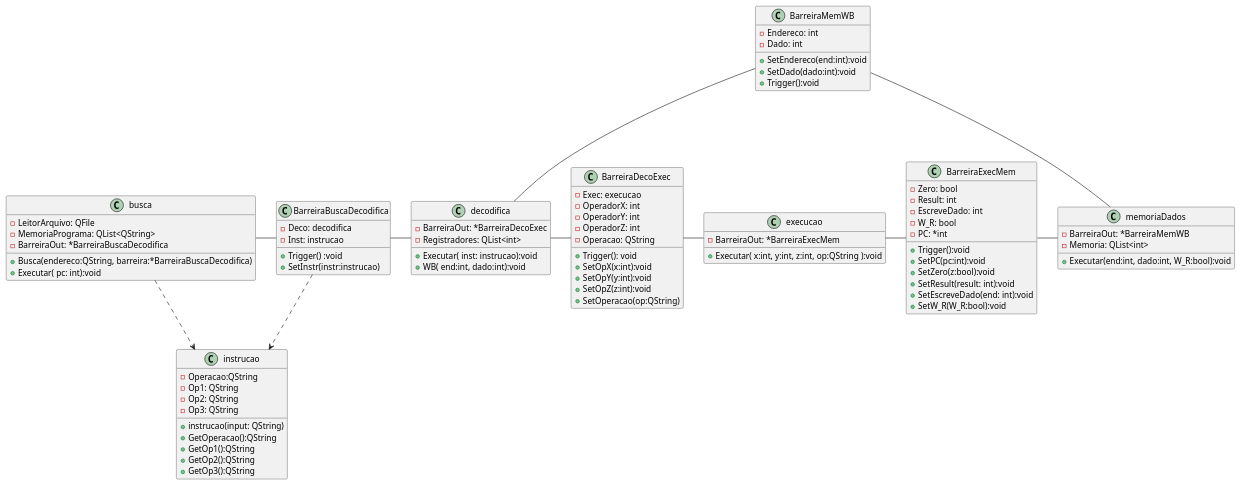
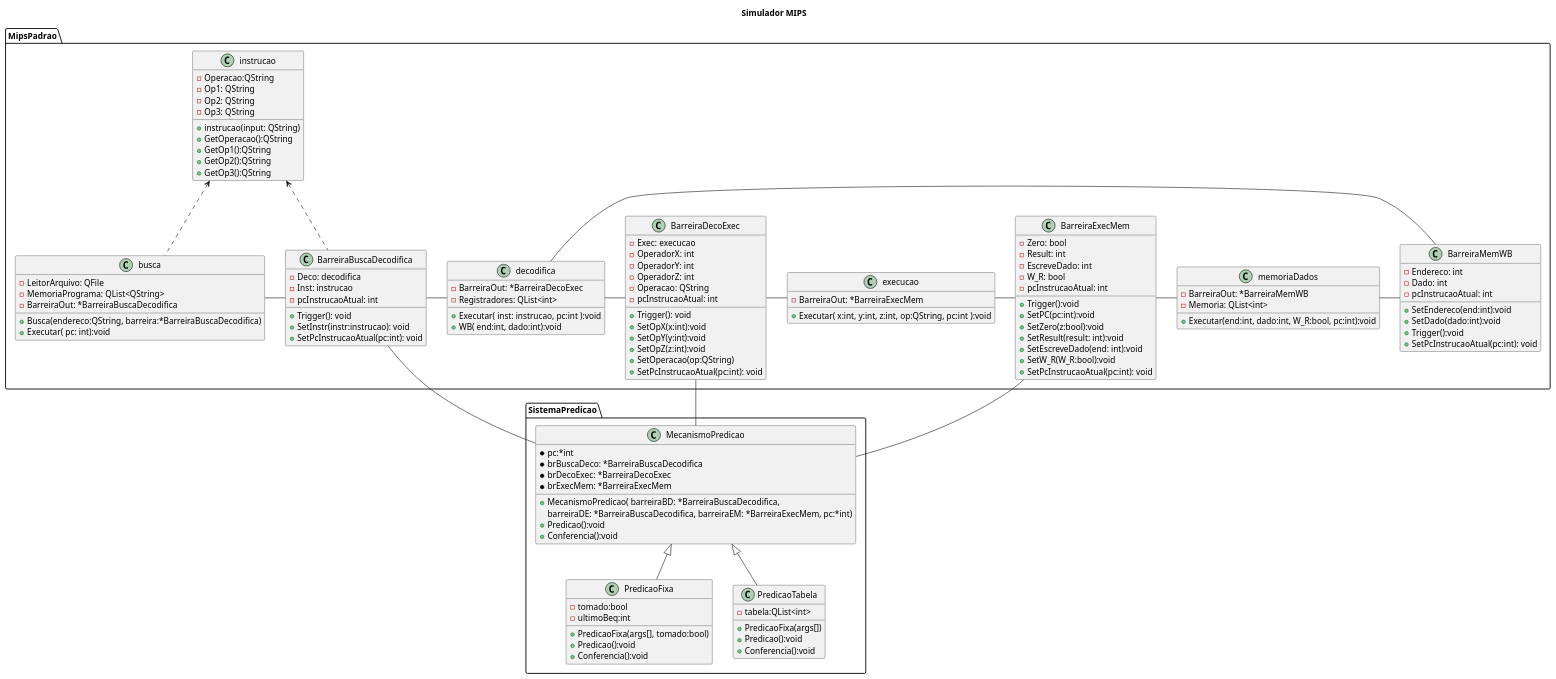
The diagram in UML.wsd (vlovini/ARQI_Mips_Simulator), drawn with PlantUML before and after one commit. The commit also changed 23 other files, not shown here.

Commit message:
Adicionados Mecanismos de predição, atualizado UML, adicionado pc da instrução nas barreiras

```diff
--- a/UML.wsd
+++ b/UML.wsd
@@ -1,93 +1,130 @@
 @startuml
-class busca{
-    - LeitorArquivo: QFile
-    - MemoriaPrograma: QList<QString>
-    - BarreiraOut: *BarreiraBuscaDecodifica
+Title Simulador MIPS
+package MipsPadrao{
+    class busca{
+        - LeitorArquivo: QFile
+        - MemoriaPrograma: QList<QString>
+        - BarreiraOut: *BarreiraBuscaDecodifica
 
-    + Busca(endereco:QString, barreira:*BarreiraBuscaDecodifica)
-    + Executar( pc: int):void
+        + Busca(endereco:QString, barreira:*BarreiraBuscaDecodifica)
+        + Executar( pc: int):void
 
-}
+    }
+    class BarreiraBuscaDecodifica{
+        - Deco: decodifica
+        - Inst: instrucao
+        - pcInstrucaoAtual: int
+        + Trigger(): void
+        + SetInstr(instr:instrucao): void
+        + SetPcInstrucaoAtual(pc:int): void
+    }
+    class decodifica{
+        - BarreiraOut: *BarreiraDecoExec
+        - Registradores: QList<int>
+        + Executar( inst: instrucao, pc:int ):void
+        + WB( end:int, dado:int):void
+    }
+    class BarreiraDecoExec{
+        - Exec: execucao
+        - OperadorX: int
+        - OperadorY: int
+        - OperadorZ: int
+        - Operacao: QString
+        - pcInstrucaoAtual: int
+        + Trigger(): void
+        + SetOpX(x:int):void
+        + SetOpY(y:int):void
+        + SetOpZ(z:int):void
+        + SetOperacao(op:QString)
+        + SetPcInstrucaoAtual(pc:int): void
 
-class BarreiraBuscaDecodifica{
-    - Deco: decodifica
-    - Inst: instrucao
-    + Trigger() :void
-    + SetInstr(instr:instrucao)
-}
-class BarreiraDecoExec{
-    - Exec: execucao
-    - OperadorX: int
-    - OperadorY: int
-    - OperadorZ: int
-    - Operacao: QString
-    + Trigger(): void
-    + SetOpX(x:int):void
-    + SetOpY(y:int):void
-    + SetOpZ(z:int):void
-    + SetOperacao(op:QString)
-
-}
-class decodifica{
-    - BarreiraOut: *BarreiraDecoExec
-    - Registradores: QList<int>
-    + Executar( inst: instrucao):void
-    + WB( end:int, dado:int):void
-}
-class execucao{
-    - BarreiraOut: *BarreiraExecMem
-    + Executar( x:int, y:int, z:int, op:QString ):void
-}
-class BarreiraExecMem{
-    - Zero: bool
-    - Result: int
-    - EscreveDado: int
-    - W_R: bool
-    - PC: *int
-    + Trigger():void
-    + SetPC(pc:int):void
-    + SetZero(z:bool):void
-    + SetResult(result: int):void
-    + SetEscreveDado(end: int):void
-    + SetW_R(W_R:bool):void
-}
-class memoriaDados{
-    - BarreiraOut: *BarreiraMemWB 
-    - Memoria: QList<int>
-    +Executar(end:int, dado:int, W_R:bool):void
-}
-class BarreiraMemWB{
-    - Endereco: int
-    - Dado: int
-    + SetEndereco(end:int):void
-    + SetDado(dado:int):void
-    + Trigger():void
-}
-class instrucao{
+    }
+    class execucao{
+        - BarreiraOut: *BarreiraExecMem
+        + Executar( x:int, y:int, z:int, op:QString, pc:int ):void
+    }
+    class BarreiraExecMem{
+        - Zero: bool
+        - Result: int
+        - EscreveDado: int
+        - W_R: bool
+        - pcInstrucaoAtual: int
+        + Trigger():void
+        + SetPC(pc:int):void
+        + SetZero(z:bool):void
+        + SetResult(result: int):void
+        + SetEscreveDado(end: int):void
+        + SetW_R(W_R:bool):void
+        + SetPcInstrucaoAtual(pc:int): void
+    }
+    class memoriaDados{
+        - BarreiraOut: *BarreiraMemWB 
+        - Memoria: QList<int>
+        +Executar(end:int, dado:int, W_R:bool, pc:int):void
+    }
+    class BarreiraMemWB{
+        - Endereco: int
+        - Dado: int
+        - pcInstrucaoAtual: int
+        + SetEndereco(end:int):void
+        + SetDado(dado:int):void
+        + Trigger():void
+        + SetPcInstrucaoAtual(pc:int): void
+    }
+    class instrucao{
     - Operacao:QString
     - Op1: QString
     - Op2: QString
     - Op3: QString
     + instrucao(input: QString)
     + GetOperacao():QString
     + GetOp1():QString
     + GetOp2():QString
     + GetOp3():QString
 }
+}
+package SistemaPredicao{
+    class MecanismoPredicao{
+        +MecanismoPredicao( barreiraBD: *BarreiraBuscaDecodifica, 
+        barreiraDE: *BarreiraBuscaDecodifica, barreiraEM: *BarreiraExecMem, pc:*int)
+        *pc:*int
+        *brBuscaDeco: *BarreiraBuscaDecodifica
+        *brDecoExec: *BarreiraDecoExec
+        *brExecMem: *BarreiraExecMem
+        +Predicao():void
+        +Conferencia():void
+    }
+    class PredicaoFixa{
+        -tomado:bool
+        -ultimoBeq:int
+        +PredicaoFixa(args[], tomado:bool)
+        +Predicao():void
+        +Conferencia():void
+    }
+    class PredicaoTabela{
+        -tabela:QList<int>
+        +PredicaoFixa(args[])
+        +Predicao():void
+        +Conferencia():void
+    }
+}
+
 busca - BarreiraBuscaDecodifica
-busca ..> instrucao
+busca .up.> instrucao
 BarreiraBuscaDecodifica - decodifica
 decodifica - BarreiraDecoExec
 BarreiraDecoExec - execucao
 execucao - BarreiraExecMem
-BarreiraExecMem - memoriaDados
-memoriaDados -left- BarreiraMemWB
-BarreiraMemWB --- decodifica
-BarreiraBuscaDecodifica ..> instrucao
+BarreiraExecMem -right- memoriaDados
+memoriaDados -right- BarreiraMemWB
+BarreiraMemWB -left-- decodifica
+BarreiraBuscaDecodifica .up.> instrucao
+MecanismoPredicao <|-down- PredicaoFixa
+MecanismoPredicao <|-down- PredicaoTabela
 
-
-
-
+MecanismoPredicao -up- BarreiraBuscaDecodifica
+MecanismoPredicao -up- BarreiraDecoExec
+MecanismoPredicao -up- BarreiraExecMem
 
 
 @enduml
```
